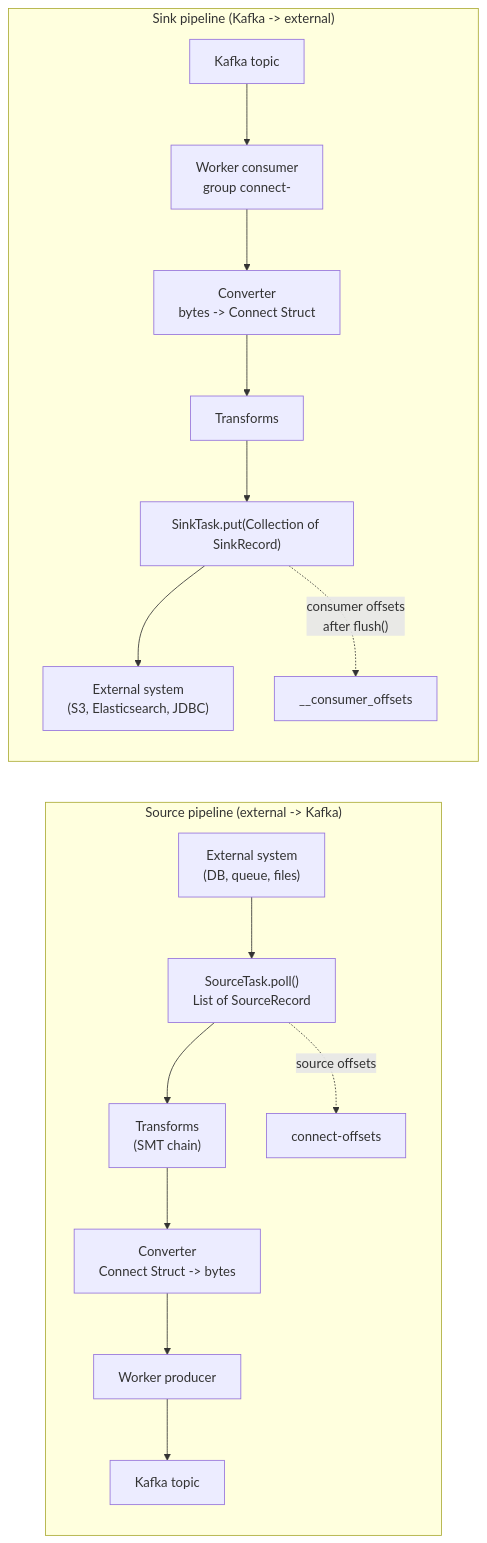
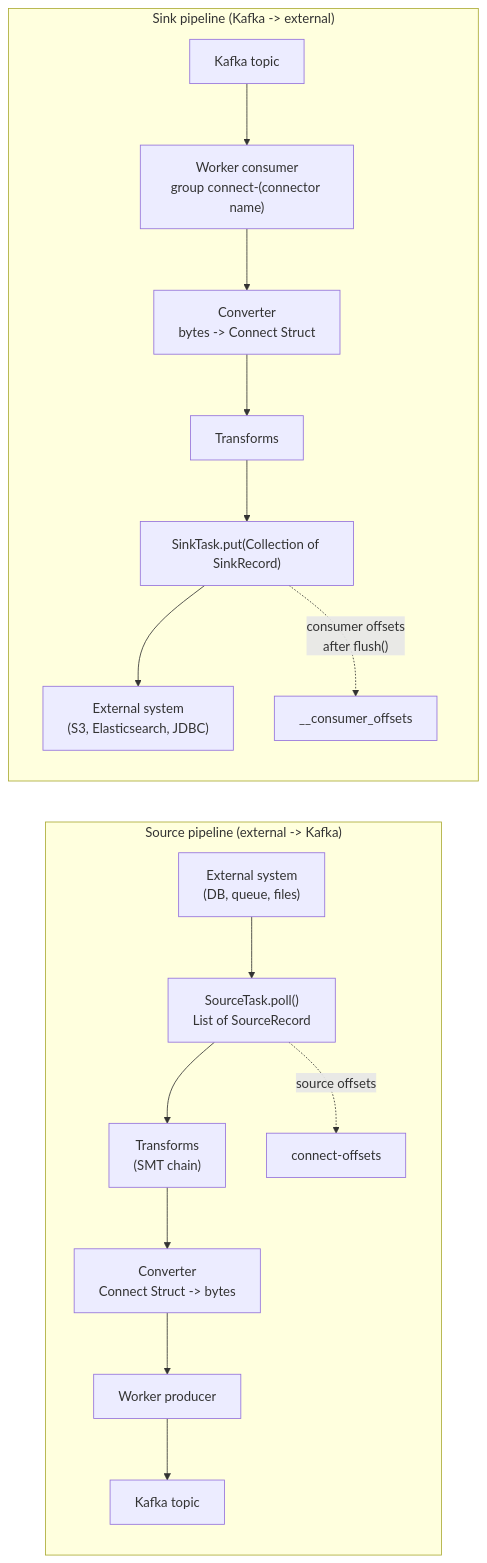
Before and after one commit to lordhartpaul/testRepo: the first of 5 diagrams in kafka-guide/02-developer/04-kafka-connect.md, drawn with Mermaid. The commit also changed 7 other files, not shown here.

````diff
--- a/kafka-guide/02-developer/04-kafka-connect.md
+++ b/kafka-guide/02-developer/04-kafka-connect.md
@@ -17,18 +17,18 @@
 ```mermaid
 flowchart LR
     subgraph Source["Source pipeline (external -> Kafka)"]
         EXT1["External system<br/>(DB, queue, files)"] --> ST["SourceTask.poll()<br/>List of SourceRecord"]
         ST --> SMT1["Transforms<br/>(SMT chain)"]
         SMT1 --> CONV1["Converter<br/>Connect Struct -> bytes"]
         CONV1 --> PROD["Worker producer"] --> K1["Kafka topic"]
         ST -. "source offsets" .-> OFFT["connect-offsets"]
     end
     subgraph Sink["Sink pipeline (Kafka -> external)"]
-        K2["Kafka topic"] --> CONS["Worker consumer<br/>group connect-<name>"]
+        K2["Kafka topic"] --> CONS["Worker consumer<br/>group connect-(connector name)"]
         CONS --> CONV2["Converter<br/>bytes -> Connect Struct"]
         CONV2 --> SMT2["Transforms"]
         SMT2 --> SK["SinkTask.put(Collection of SinkRecord)"]
         SK --> EXT2["External system<br/>(S3, Elasticsearch, JDBC)"]
         SK -. "consumer offsets<br/>after flush()" .-> CO["__consumer_offsets"]
     end
 ```
````
